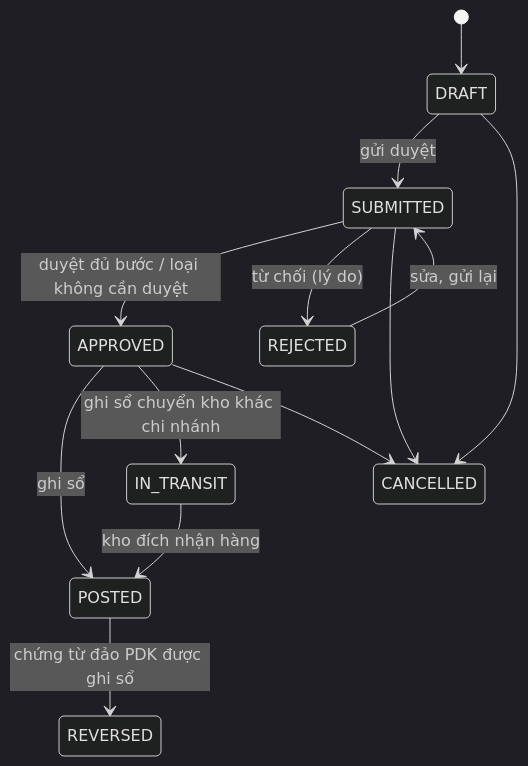
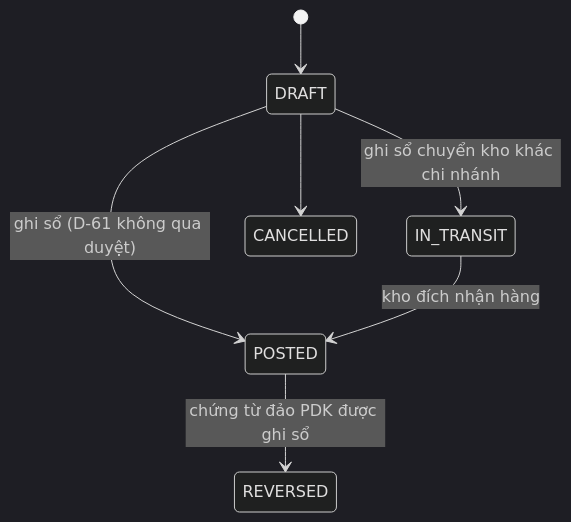
Diagram 12 of 13 in inventory-management-ai-skeleton/docs/05-workflow.md (haict/pqb_ai), drawn with Mermaid (dark theme) before and after one commit. The commit also changed other lines of this file and 225 other files, not shown here.

````diff
--- a/inventory-management-ai-skeleton/docs/05-workflow.md
+++ b/inventory-management-ai-skeleton/docs/05-workflow.md
@@ -197,15 +190,9 @@
 ```mermaid
 stateDiagram-v2
     [*] --> DRAFT
-    DRAFT --> SUBMITTED: gửi duyệt
-    SUBMITTED --> APPROVED: duyệt đủ bước / loại không cần duyệt
-    SUBMITTED --> REJECTED: từ chối (lý do)
-    REJECTED --> SUBMITTED: sửa, gửi lại
-    APPROVED --> POSTED: ghi sổ
-    APPROVED --> IN_TRANSIT: ghi sổ chuyển kho khác chi nhánh
+    DRAFT --> POSTED: ghi sổ (D-61 không qua duyệt)
+    DRAFT --> IN_TRANSIT: ghi sổ chuyển kho khác chi nhánh
     IN_TRANSIT --> POSTED: kho đích nhận hàng
     DRAFT --> CANCELLED
-    SUBMITTED --> CANCELLED
-    APPROVED --> CANCELLED
     POSTED --> REVERSED: chứng từ đảo PDK được ghi sổ
 ```
````
